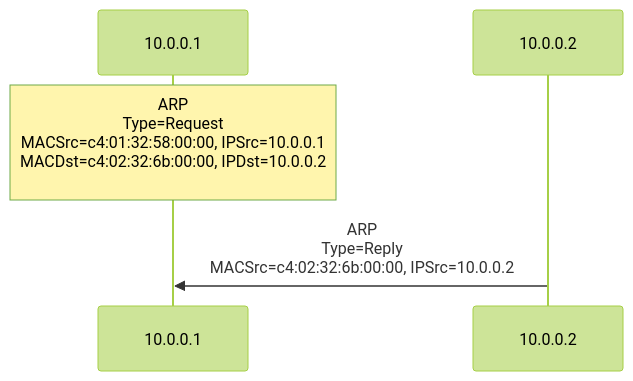
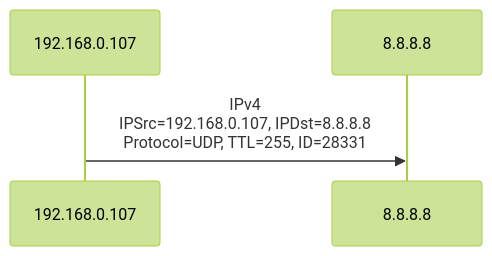
Before and after one commit to arielril/pcap-mermaid-parser: the diagram in mermaid.md, drawn with Mermaid (forest theme). The commit also changed 2 other files, not shown here.

Commit message:
add all protocols simplified

````diff
--- a/mermaid.md
+++ b/mermaid.md
@@ -1,5 +1,4 @@
 ```mermaid
 sequenceDiagram
-    Note over 10.0.0.1: ARP <br>Type=Request<br>MACSrc=c4:01:32:58:00:00, IPSrc=10.0.0.1<br>MACDst=c4:02:32:6b:00:00, IPDst=10.0.0.2<br>
-    10.0.0.2->>10.0.0.1: ARP <br>Type=Reply<br>MACSrc=c4:02:32:6b:00:00, IPSrc=10.0.0.2
+	 192.168.0.107->>8.8.8.8: IPv4<br>IPSrc=192.168.0.107, IPDst=8.8.8.8<br>Protocol=UDP, TTL=255, ID=28331
 ```
````
